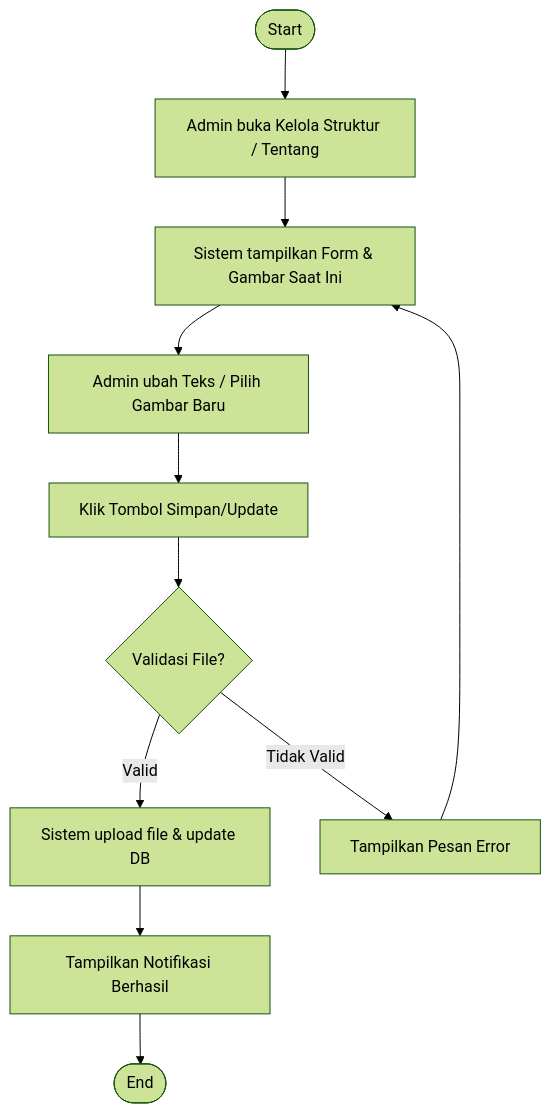
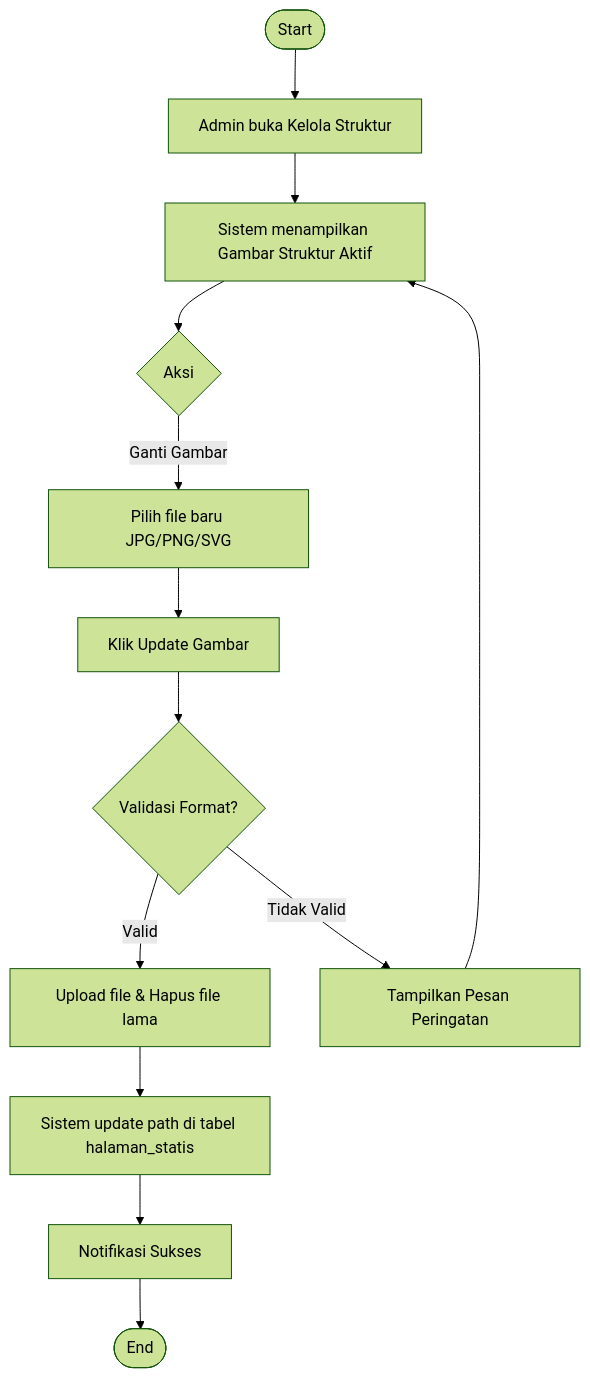
The third of 4 diagrams in docs/activity_diagram_profil.md (arbain-dev/Web_fikom), drawn with Mermaid (forest theme) before and after one commit. The commit also changed other lines of this file, not shown here.

Commit message:
docs: enhance profile activity diagrams with comprehensive feature details

````diff
--- a/docs/activity_diagram_profil.md
+++ b/docs/activity_diagram_profil.md
@@ -59,16 +69,18 @@
 ```mermaid
 flowchart TD
-    Start([Start]) --> OpenModule[Admin buka Kelola Struktur / Tentang]
-    OpenModule --> ShowCurrent[Sistem tampilkan Form & Gambar Saat Ini]
+    Start([Start]) --> OpenStruktur[Admin buka Kelola Struktur]
+    OpenStruktur --> ShowImage[Sistem menampilkan Gambar Struktur Aktif]
     
-    ShowCurrent --> UpdateContent[Admin ubah Teks / Pilih Gambar Baru]
-    UpdateContent --> ClickSave[Klik Tombol Simpan/Update]
+    ShowImage --> Interaction{Aksi}
+    Interaction -- "Ganti Gambar" --> SelectFile[Pilih file baru JPG/PNG/SVG]
+    SelectFile --> ClickUpdate[Klik Update Gambar]
     
-    ClickSave --> Validation{Validasi File?}
-    Validation -- "Valid" --> Process[Sistem upload file & update DB]
-    Validation -- "Tidak Valid" --> Error[Tampilkan Pesan Error]
+    ClickUpdate --> CheckFile{Validasi Format?}
+    CheckFile -- "Valid" --> Process[Upload file & Hapus file lama]
+    Process --> UpdateDB2[Sistem update path di tabel halaman_statis]
+    CheckFile -- "Tidak Valid" --> Error[Tampilkan Pesan Peringatan]
     
-    Process --> Notify[Tampilkan Notifikasi Berhasil]
-    Error --> ShowCurrent
-    Notify --> End([End])
+    UpdateDB2 --> Success[Notifikasi Sukses]
+    Error --> ShowImage
+    Success --> End([End])
 ```
````
